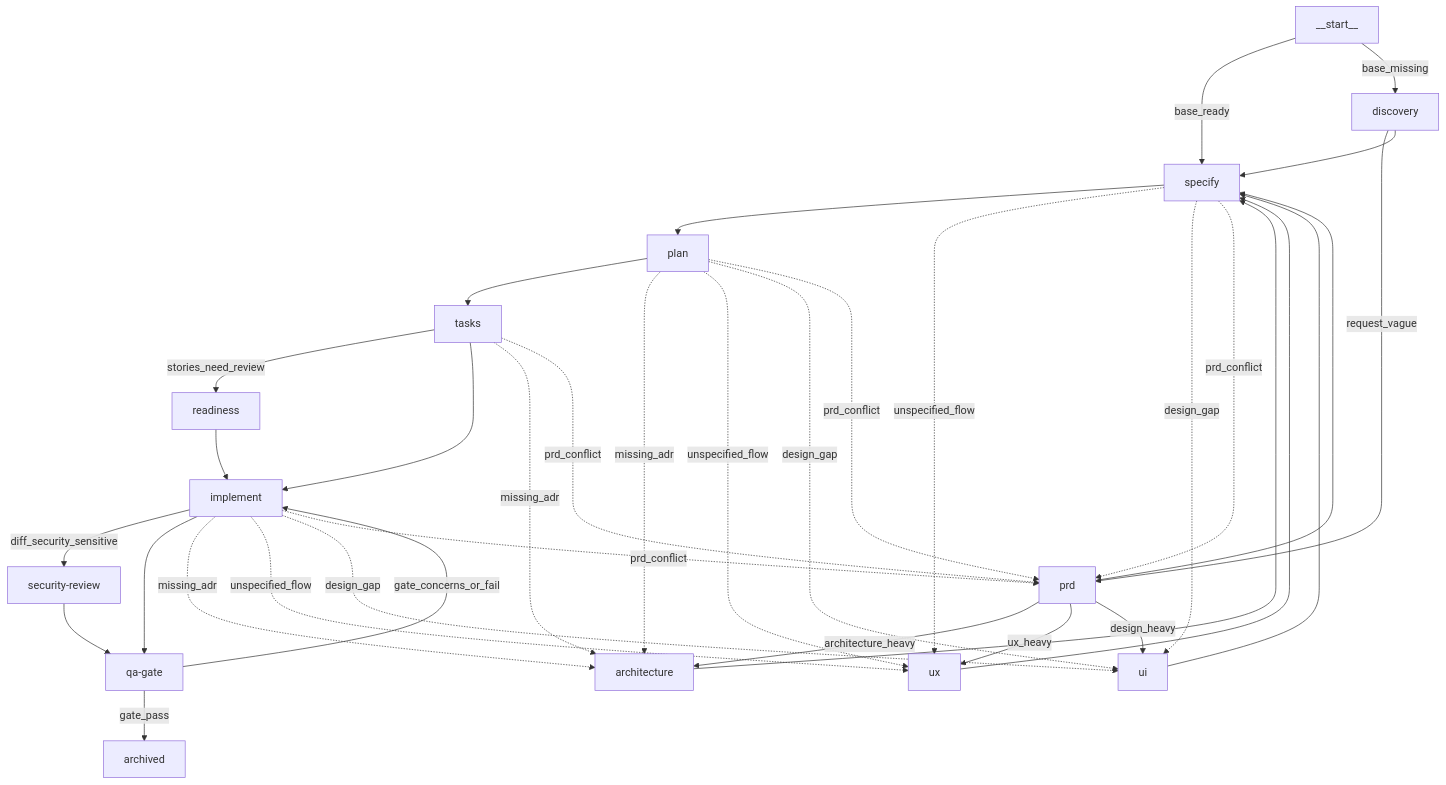
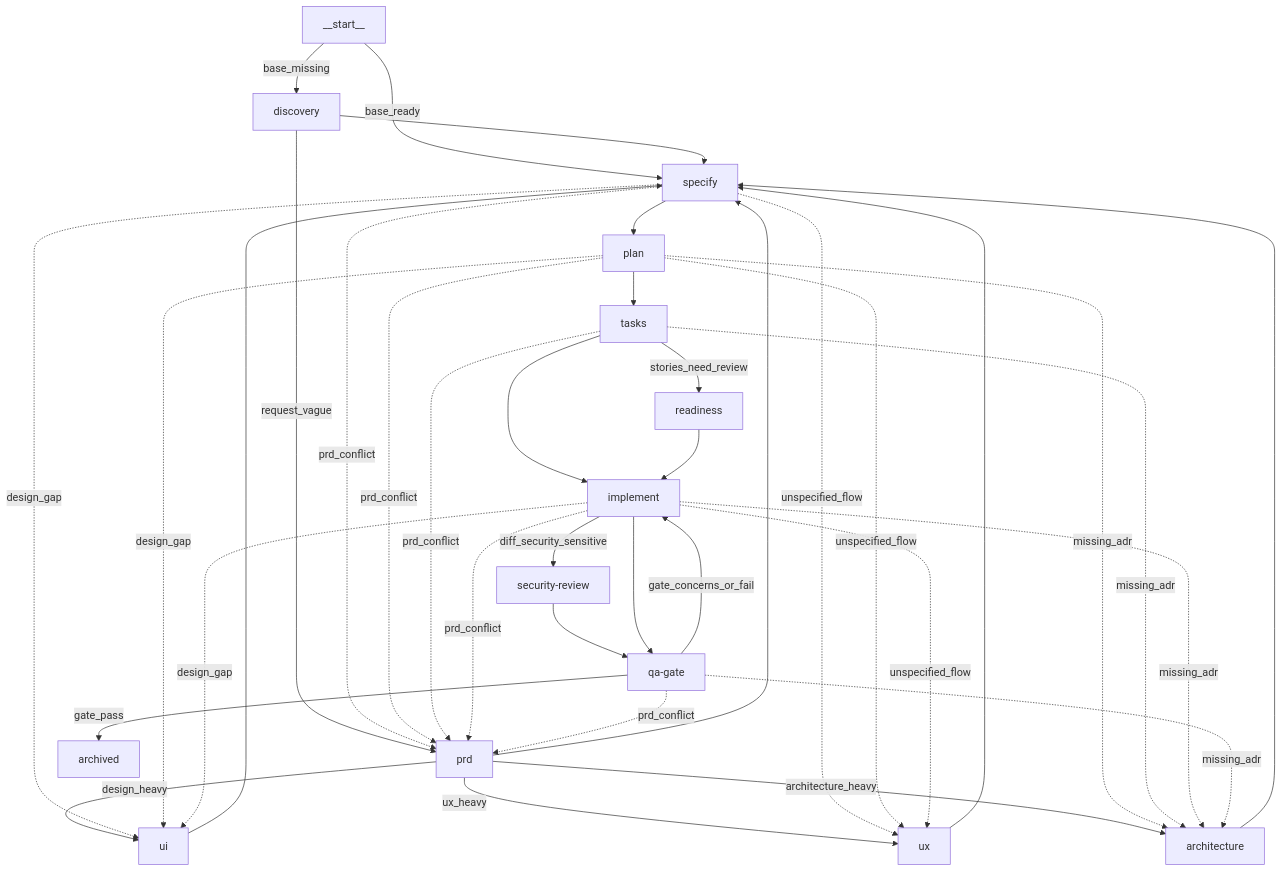
Before and after one commit to rogerznts/mosk: the diagram in docs/index.md, drawn with Mermaid. The commit also changed 3 other files, not shown here.

````diff
--- a/docs/index.md
+++ b/docs/index.md
@@ -11,37 +11,39 @@
 ```mermaid
 flowchart TD
   __start__["__start__"] -->|base_ready| specify["specify"]
   __start__["__start__"] -->|base_missing| discovery["discovery"]
   discovery["discovery"] -->|request_vague| prd["prd"]
   discovery["discovery"] --> specify["specify"]
   prd["prd"] -->|architecture_heavy| architecture["architecture"]
   prd["prd"] -->|ux_heavy| ux["ux"]
   prd["prd"] -->|design_heavy| ui["ui"]
   prd["prd"] --> specify["specify"]
   architecture["architecture"] --> specify["specify"]
   ux["ux"] --> specify["specify"]
   ui["ui"] --> specify["specify"]
   specify["specify"] --> plan["plan"]
   plan["plan"] --> tasks["tasks"]
   tasks["tasks"] -->|stories_need_review| readiness["readiness"]
   tasks["tasks"] --> implement["implement"]
   readiness["readiness"] --> implement["implement"]
   implement["implement"] -->|diff_security_sensitive| security_review["security-review"]
   security_review["security-review"] --> qa_gate["qa-gate"]
   implement["implement"] --> qa_gate["qa-gate"]
   qa_gate["qa-gate"] -->|gate_concerns_or_fail| implement["implement"]
   qa_gate["qa-gate"] -->|gate_pass| archived["archived"]
   plan["plan"] -.->|missing_adr| architecture["architecture"]
   tasks["tasks"] -.->|missing_adr| architecture["architecture"]
   implement["implement"] -.->|missing_adr| architecture["architecture"]
+  qa_gate["qa-gate"] -.->|missing_adr| architecture["architecture"]
   specify["specify"] -.->|unspecified_flow| ux["ux"]
   plan["plan"] -.->|unspecified_flow| ux["ux"]
   implement["implement"] -.->|unspecified_flow| ux["ux"]
   specify["specify"] -.->|design_gap| ui["ui"]
   plan["plan"] -.->|design_gap| ui["ui"]
   implement["implement"] -.->|design_gap| ui["ui"]
   specify["specify"] -.->|prd_conflict| prd["prd"]
   plan["plan"] -.->|prd_conflict| prd["prd"]
   tasks["tasks"] -.->|prd_conflict| prd["prd"]
   implement["implement"] -.->|prd_conflict| prd["prd"]
+  qa_gate["qa-gate"] -.->|prd_conflict| prd["prd"]
 ```
````
